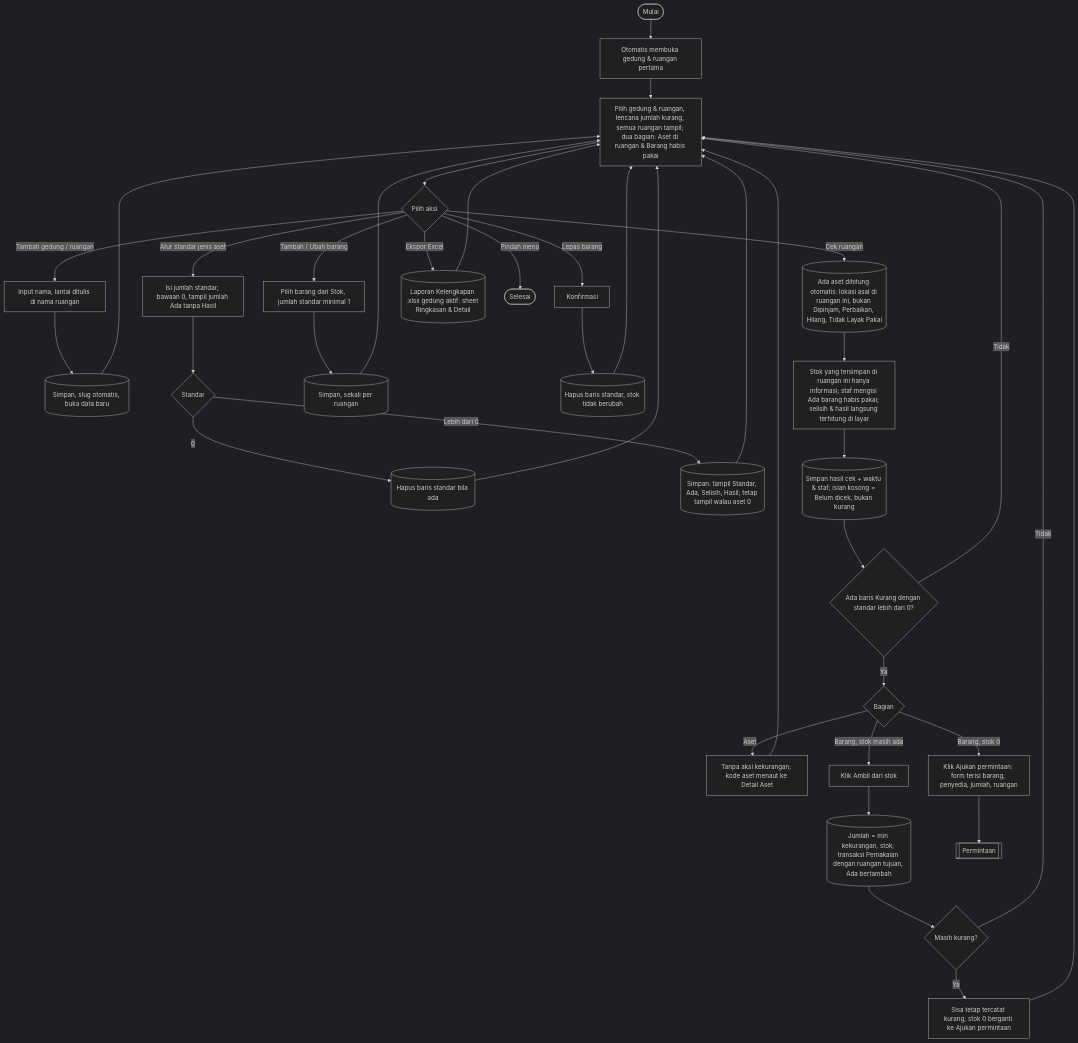
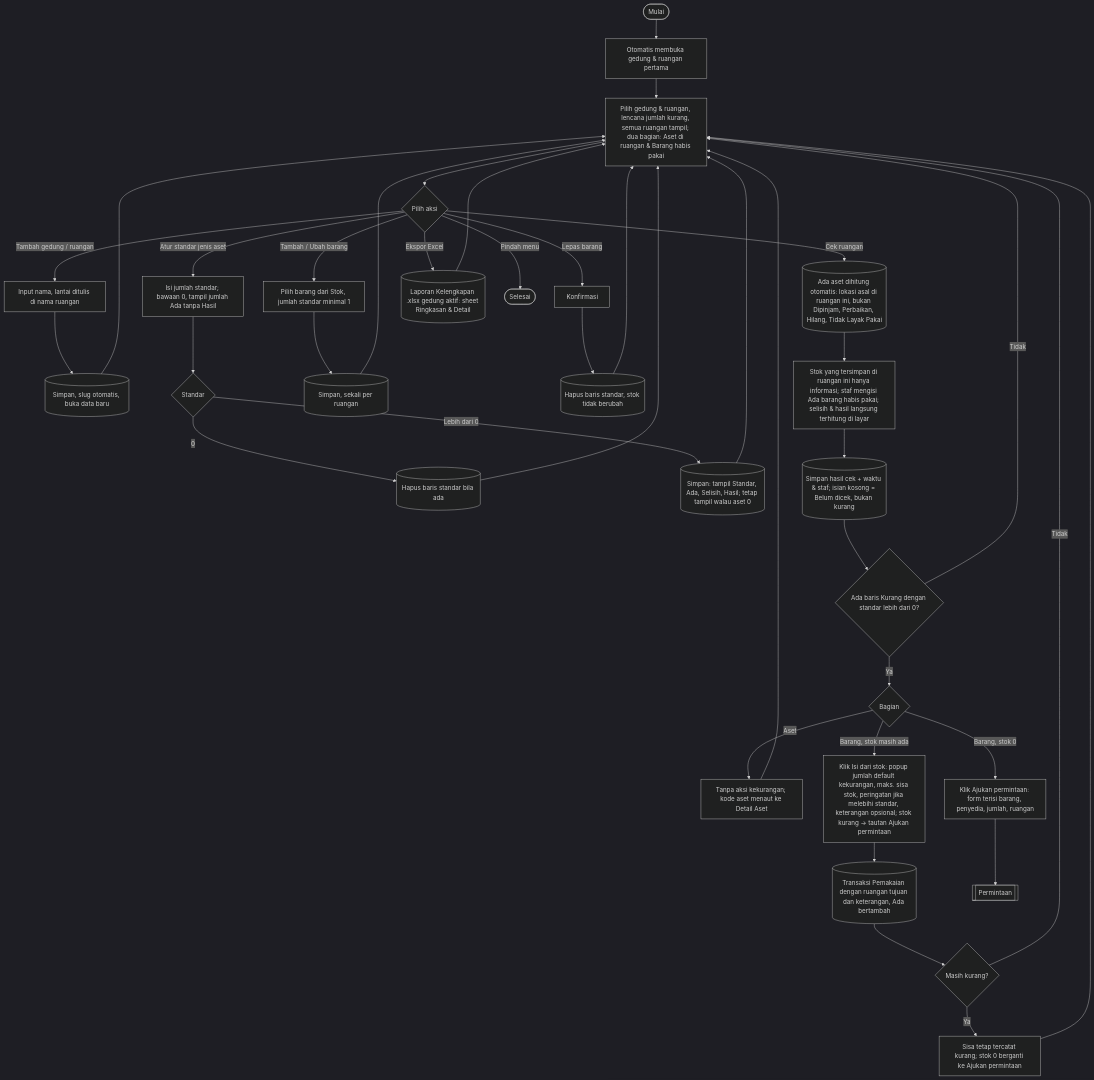
One commit to mrizqihidayat/system-tracking-asset changed the sixth of 9 diagrams in docs/flowchart.md. Above: the diagram before and after it, drawn with Mermaid (dark theme). The commit also changed other lines of this file and 10 other files, not shown here.

First line of the commit message:
T26y: isi dari stok lewat popup di Kelengkapan Ruangan

````diff
--- a/docs/flowchart.md
+++ b/docs/flowchart.md
@@ -220,31 +220,31 @@
 ```mermaid
 flowchart TD
     A([Mulai]) --> A1[Otomatis membuka gedung & ruangan pertama]
     A1 --> B[Pilih gedung & ruangan, lencana jumlah kurang, semua ruangan tampil; dua bagian: Aset di ruangan & Barang habis pakai]
     B --> C{Pilih aksi}
 
     C -- Tambah gedung / ruangan --> N1[Input nama, lantai ditulis di nama ruangan] --> N2[(Simpan, slug otomatis, buka data baru)] --> B
 
     C -- Atur standar jenis aset --> S1[Isi jumlah standar; bawaan 0, tampil jumlah Ada tanpa Hasil] --> S2{Standar}
     S2 -- 0 --> S3[(Hapus baris standar bila ada)] --> B
     S2 -- Lebih dari 0 --> S4[(Simpan: tampil Standar, Ada, Selisih, Hasil; tetap tampil walau aset 0)] --> B
 
     C -- Tambah / Ubah barang --> S5[Pilih barang dari Stok, jumlah standar minimal 1] --> S6[(Simpan, sekali per ruangan)] --> B
     C -- Lepas barang --> S7[Konfirmasi] --> S8[(Hapus baris standar, stok tidak berubah)] --> B
 
     C -- Cek ruangan --> K3[(Ada aset dihitung otomatis: lokasi asal di ruangan ini, bukan Dipinjam, Perbaikan, Hilang, Tidak Layak Pakai)]
     K3 --> K4[Stok yang tersimpan di ruangan ini hanya informasi; staf mengisi Ada barang habis pakai; selisih & hasil langsung terhitung di layar]
     K4 --> K5[(Simpan hasil cek + waktu & staf; isian kosong = Belum dicek, bukan kurang)]
     K5 --> K6{Ada baris Kurang dengan standar lebih dari 0?}
     K6 -- Tidak --> B
     K6 -- Ya --> K7{Bagian}
     K7 -- Aset --> K8[Tanpa aksi kekurangan; kode aset menaut ke Detail Aset] --> B
-    K7 -- Barang, stok masih ada --> F1[Klik Ambil dari stok] --> F2[(Jumlah = min kekurangan, stok; transaksi Pemakaian dengan ruangan tujuan, Ada bertambah)]
+    K7 -- Barang, stok masih ada --> F1[Klik Isi dari stok: popup jumlah default kekurangan, maks. sisa stok, peringatan jika melebihi standar, keterangan opsional; stok kurang → tautan Ajukan permintaan] --> F2[(Transaksi Pemakaian dengan ruangan tujuan dan keterangan, Ada bertambah)]
     F2 --> F3{Masih kurang?}
     F3 -- Tidak --> B
     F3 -- Ya --> F4[Sisa tetap tercatat kurang; stok 0 berganti ke Ajukan permintaan] --> B
     K7 -- Barang, stok 0 --> K9[Klik Ajukan permintaan: form terisi barang, penyedia, jumlah, ruangan] --> K10[[Permintaan]]
 
     C -- Ekspor Excel --> X1[(Laporan Kelengkapan .xlsx gedung aktif: sheet Ringkasan & Detail)] --> B
     C -- Pindah menu --> Z([Selesai])
 ```
````
